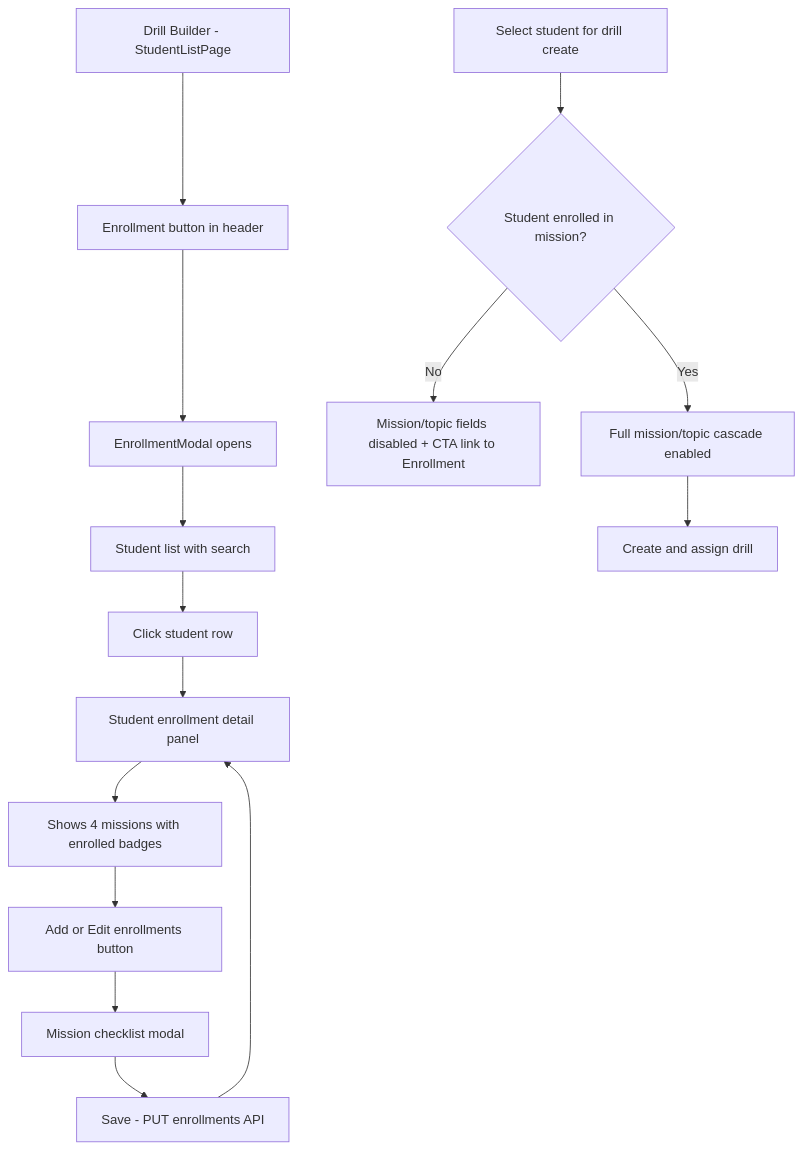
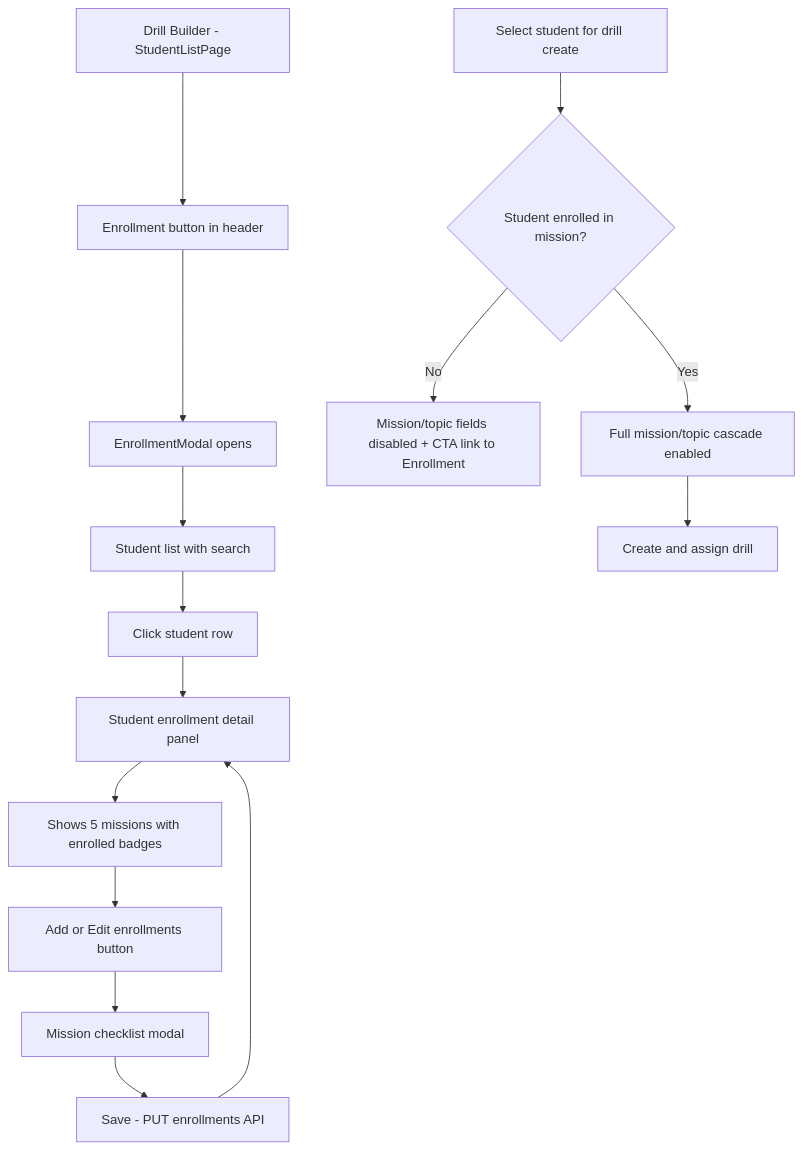
The second of 4 diagrams in docs/learning-journey-mission-enrollment.md (Eklan-UK/eklana-ai-frontend), drawn with Mermaid before and after one commit. The commit also changed other lines of this file and 35 other files, not shown here.

````diff
--- a/docs/learning-journey-mission-enrollment.md
+++ b/docs/learning-journey-mission-enrollment.md
@@ -113,18 +115,18 @@
 ```mermaid
 flowchart TD
   A[Drill Builder - StudentListPage] --> B[Enrollment button in header]
   B --> C[EnrollmentModal opens]
   C --> D[Student list with search]
   D --> E[Click student row]
   E --> F[Student enrollment detail panel]
-  F --> G[Shows 4 missions with enrolled badges]
+  F --> G[Shows 5 missions with enrolled badges]
   G --> H[Add or Edit enrollments button]
   H --> I[Mission checklist modal]
   I --> J[Save - PUT enrollments API]
   J --> F
 
   K[Select student for drill create] --> L{Student enrolled in mission?}
   L -->|No| M[Mission/topic fields disabled + CTA link to Enrollment]
   L -->|Yes| N[Full mission/topic cascade enabled]
   N --> O[Create and assign drill]
 ```
````
